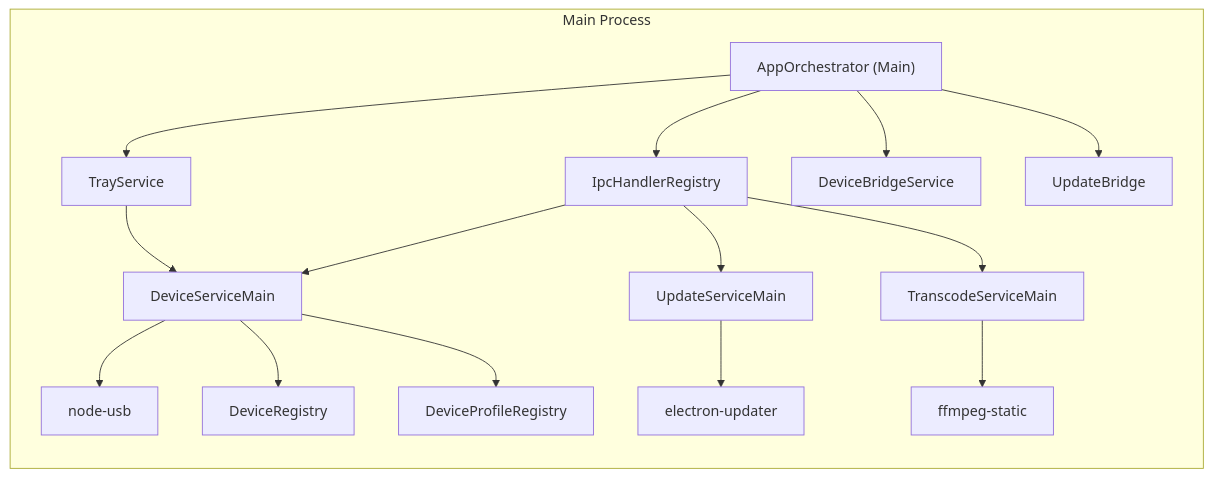
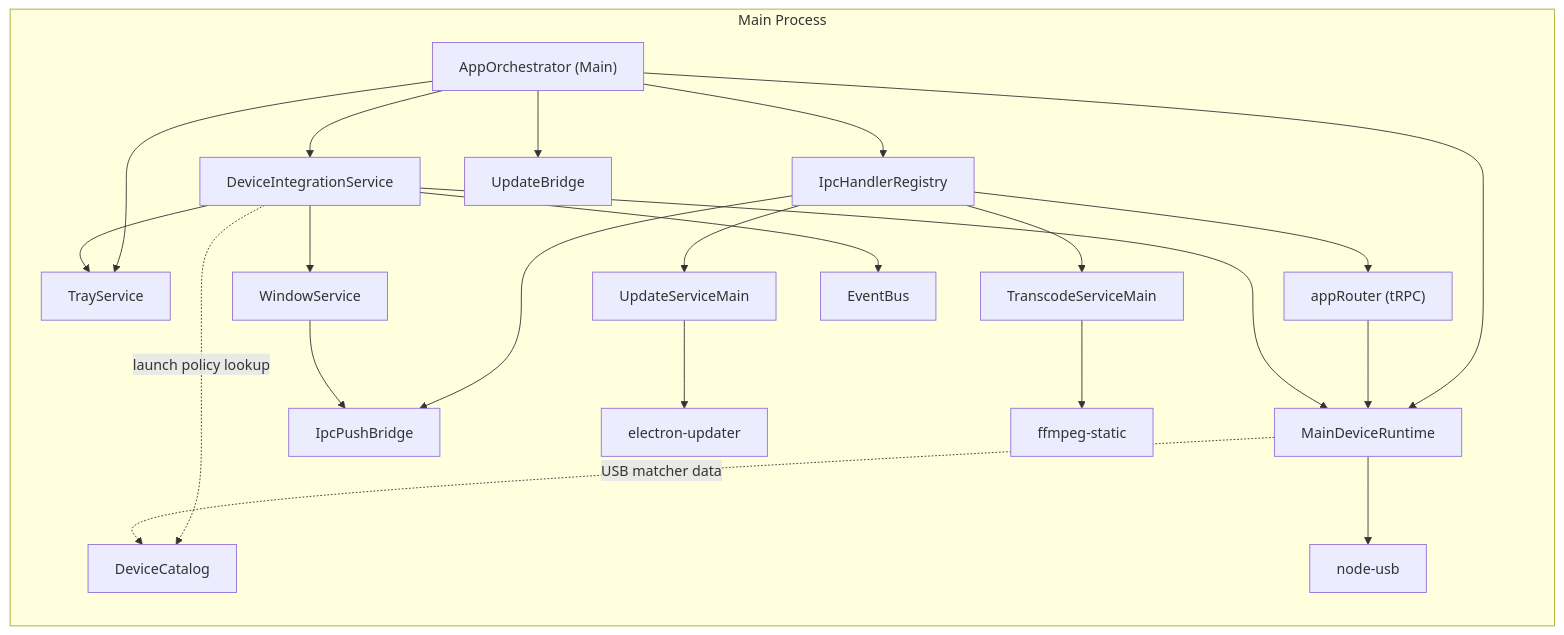
Before and after one commit to josstei/prismgb-app: the sixth of 8 diagrams in docs/architecture-diagrams.md, drawn with Mermaid. The commit also changed other lines of this file and 151 other files, not shown here.

````diff
--- a/docs/architecture-diagrams.md
+++ b/docs/architecture-diagrams.md
@@ -128,34 +151,43 @@
 ```mermaid
 flowchart LR
   subgraph MAIN[Main Process]
     AppOrchestrator["AppOrchestrator (Main)"]
     IpcHandlerRegistry[IpcHandlerRegistry]
+    AppRouter["appRouter (tRPC)"]
+    IpcPushBridge[IpcPushBridge]
+    WindowService[WindowService]
     TrayService[TrayService]
-    DeviceBridge[DeviceBridgeService]
+    EventBus[EventBus]
+    DeviceIntegrationService[DeviceIntegrationService]
+    MainDeviceRuntime[MainDeviceRuntime]
     UpdateBridge[UpdateBridge]
-    DeviceServiceMain[DeviceServiceMain]
     UpdateServiceMain[UpdateServiceMain]
     TranscodeServiceMain[TranscodeServiceMain]
     UsbMonitor[node-usb]
-    DeviceRegistry[DeviceRegistry]
-    DeviceProfileRegistry[DeviceProfileRegistry]
+    DeviceCatalog[DeviceCatalog]
     AutoUpdater[electron-updater]
     FFmpeg[ffmpeg-static]
   end
 
   AppOrchestrator --> IpcHandlerRegistry
+  AppOrchestrator --> MainDeviceRuntime
+  AppOrchestrator --> DeviceIntegrationService
   AppOrchestrator --> TrayService
-  AppOrchestrator --> DeviceBridge
   AppOrchestrator --> UpdateBridge
 
-  IpcHandlerRegistry --> DeviceServiceMain
+  IpcHandlerRegistry --> AppRouter
+  IpcHandlerRegistry --> IpcPushBridge
+  AppRouter --> MainDeviceRuntime
   IpcHandlerRegistry --> UpdateServiceMain
   IpcHandlerRegistry --> TranscodeServiceMain
-  TrayService --> DeviceServiceMain
-
-    DeviceServiceMain --> UsbMonitor
-  DeviceServiceMain --> DeviceRegistry
-  DeviceServiceMain --> DeviceProfileRegistry
+  DeviceIntegrationService --> MainDeviceRuntime
+  DeviceIntegrationService --> TrayService
+  DeviceIntegrationService --> WindowService
+  DeviceIntegrationService --> EventBus
+  DeviceIntegrationService -. "launch policy lookup" .-> DeviceCatalog
+  WindowService --> IpcPushBridge
+  MainDeviceRuntime --> UsbMonitor
+  MainDeviceRuntime -. "USB matcher data" .-> DeviceCatalog
   UpdateServiceMain --> AutoUpdater
   TranscodeServiceMain --> FFmpeg
 ```
````
